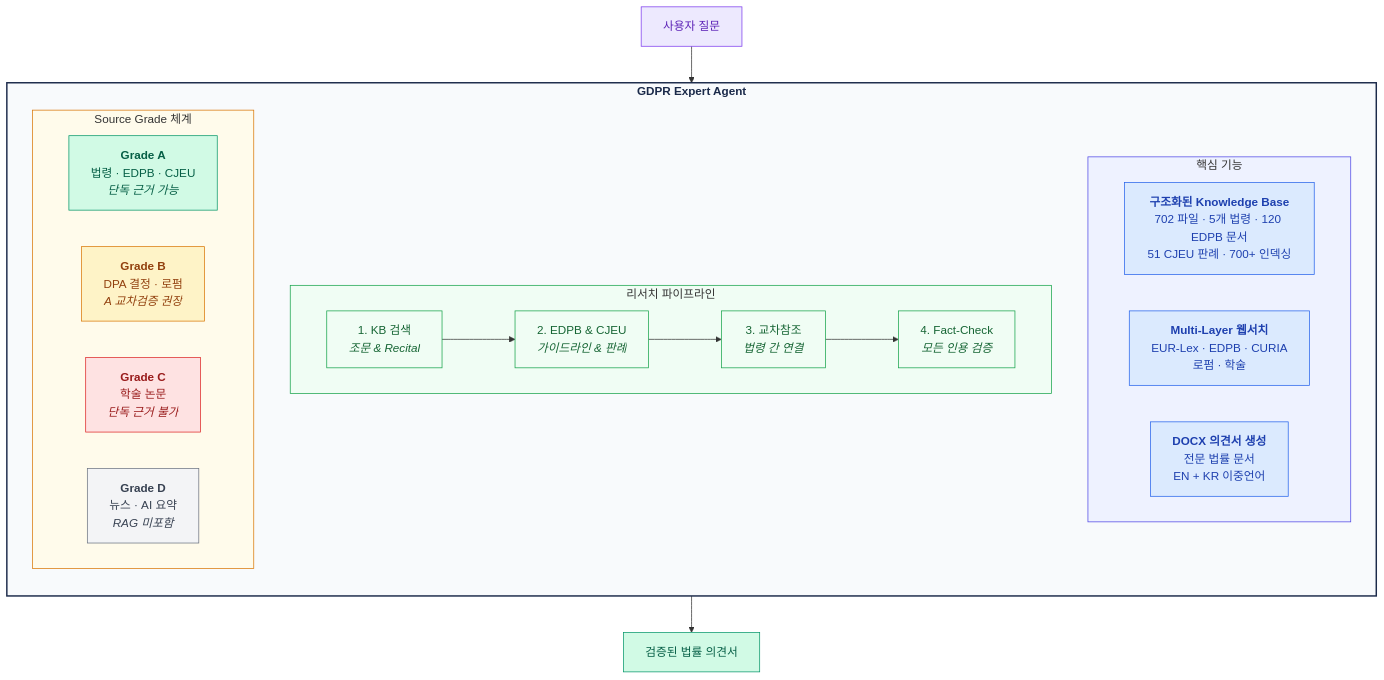
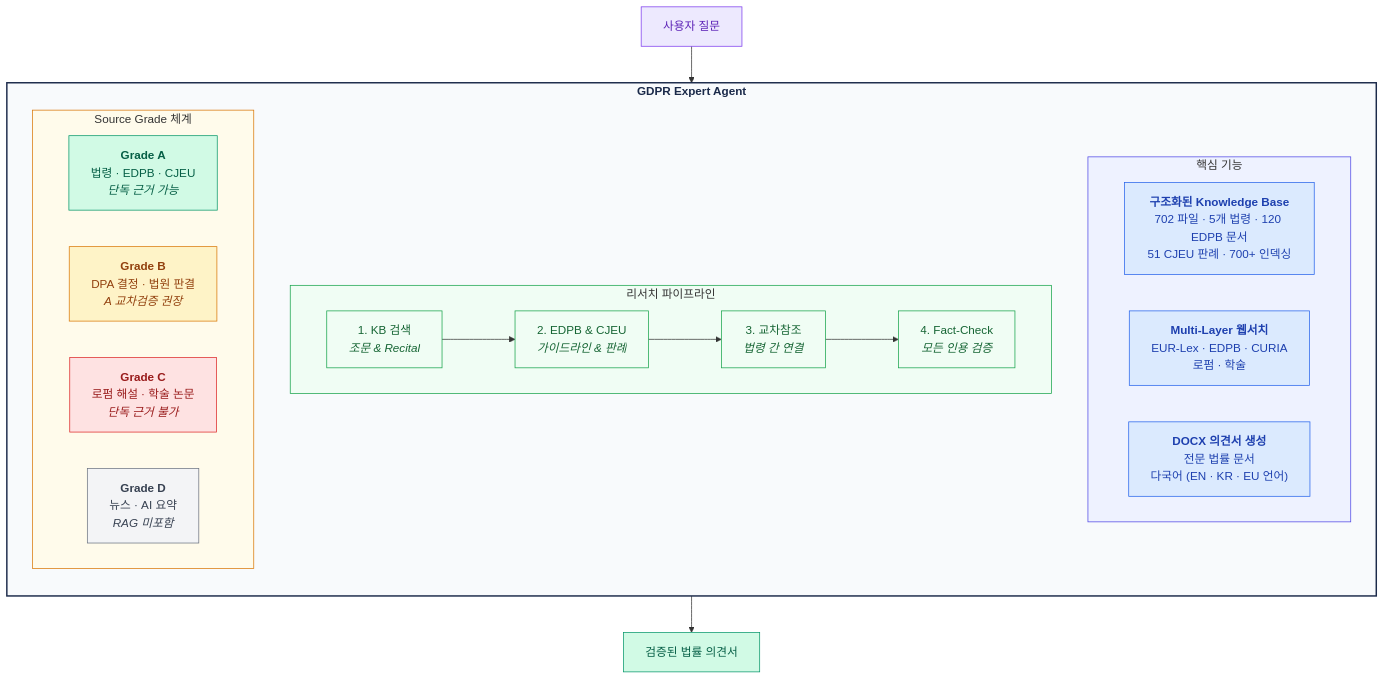
Before and after one commit to lowtidebuild/GDPR-expert: the first of 3 diagrams in README.ko.md, drawn with Mermaid. The commit also changed other lines of this file and 60 other files, not shown here.

````diff
--- a/README.ko.md
+++ b/README.ko.md
@@ -51,51 +51,51 @@
 ```mermaid
 graph TB
     subgraph agent["<b>GDPR Expert Agent</b>"]
         direction TB
 
         subgraph core["핵심 기능"]
             direction LR
             KB["<b>구조화된 Knowledge Base</b><br/>702 파일 · 5개 법령 · 120 EDPB 문서<br/>51 CJEU 판례 · 700+ 인덱싱"]
             WS["<b>Multi-Layer 웹서치</b><br/>EUR-Lex · EDPB · CURIA<br/>로펌 · 학술"]
-            DX["<b>DOCX 의견서 생성</b><br/>전문 법률 문서<br/>EN + KR 이중언어"]
+            DX["<b>DOCX 의견서 생성</b><br/>전문 법률 문서<br/>다국어 (EN · KR · EU 언어)"]
         end
 
         subgraph pipeline["리서치 파이프라인"]
             direction LR
             S1["1. KB 검색<br/><i>조문 & Recital</i>"]
             S2["2. EDPB & CJEU<br/><i>가이드라인 & 판례</i>"]
             S3["3. 교차참조<br/><i>법령 간 연결</i>"]
             S4["4. Fact-Check<br/><i>모든 인용 검증</i>"]
             S1 --> S2 --> S3 --> S4
         end
 
         subgraph grades["Source Grade 체계"]
             direction LR
             GA["<b>Grade A</b><br/>법령 · EDPB · CJEU<br/><i>단독 근거 가능</i>"]
-            GB["<b>Grade B</b><br/>DPA 결정 · 로펌<br/><i>A 교차검증 권장</i>"]
-            GC["<b>Grade C</b><br/>학술 논문<br/><i>단독 근거 불가</i>"]
+            GB["<b>Grade B</b><br/>DPA 결정 · 법원 판결<br/><i>A 교차검증 권장</i>"]
+            GC["<b>Grade C</b><br/>로펌 해설 · 학술 논문<br/><i>단독 근거 불가</i>"]
             GD["<b>Grade D</b><br/>뉴스 · AI 요약<br/><i>RAG 미포함</i>"]
         end
     end
 
     Q["사용자 질문"] --> S1
     S4 --> O["검증된 법률 의견서"]
 
     style agent fill:#f8fafc,stroke:#1B2A4A,stroke-width:2px,color:#1B2A4A
     style core fill:#eef2ff,stroke:#4f46e5,stroke-width:1px
     style pipeline fill:#f0fdf4,stroke:#16a34a,stroke-width:1px
     style grades fill:#fffbeb,stroke:#d97706,stroke-width:1px
     style KB fill:#dbeafe,stroke:#2563eb,color:#1e40af
     style WS fill:#dbeafe,stroke:#2563eb,color:#1e40af
     style DX fill:#dbeafe,stroke:#2563eb,color:#1e40af
     style GA fill:#d1fae5,stroke:#059669,color:#065f46
     style GB fill:#fef3c7,stroke:#d97706,color:#92400e
     style GC fill:#fee2e2,stroke:#dc2626,color:#991b1b
     style GD fill:#f3f4f6,stroke:#6b7280,color:#374151
     style Q fill:#ede9fe,stroke:#7c3aed,color:#5b21b6
     style O fill:#d1fae5,stroke:#059669,color:#065f46
     style S1 fill:#f0fdf4,stroke:#16a34a,color:#166534
     style S2 fill:#f0fdf4,stroke:#16a34a,color:#166534
     style S3 fill:#f0fdf4,stroke:#16a34a,color:#166534
     style S4 fill:#f0fdf4,stroke:#16a34a,color:#166534
 ```
````
